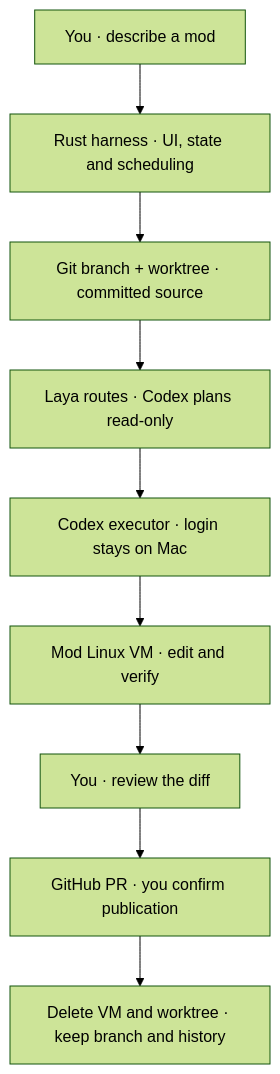
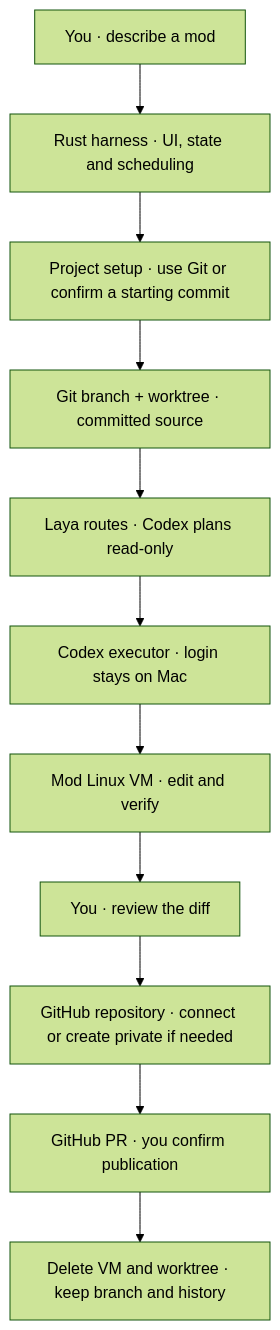
The diagram in README.md (minimumeffort-dev/sprowt.harness), drawn with Mermaid (forest theme) before and after one commit. The commit also changed other lines of this file and 14 other files, not shown here.

Commit message:
Handle project Git setup and publish saved codemods

````diff
--- a/README.md
+++ b/README.md
@@ -33,11 +33,13 @@
 ```mermaid
 flowchart TB
     goal["You · describe a mod"] --> harness["Rust harness · UI, state and scheduling"]
-    harness --> worktree["Git branch + worktree · committed source"]
+    harness --> setup["Project setup · use Git or confirm a starting commit"]
+    setup --> worktree["Git branch + worktree · committed source"]
     worktree --> planner["Laya routes · Codex plans read-only"]
     planner --> executor["Codex executor · login stays on Mac"]
     executor --> vm["Mod Linux VM · edit and verify"]
     vm --> review["You · review the diff"]
-    review --> pr["GitHub PR · you confirm publication"]
+    review --> destination["GitHub repository · connect or create private if needed"]
+    destination --> pr["GitHub PR · you confirm publication"]
     pr --> cleanup["Delete VM and worktree · keep branch and history"]
 ```
````
